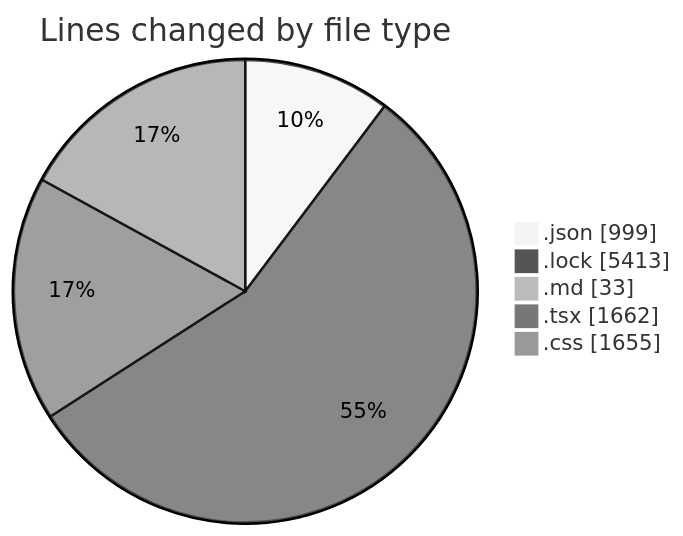
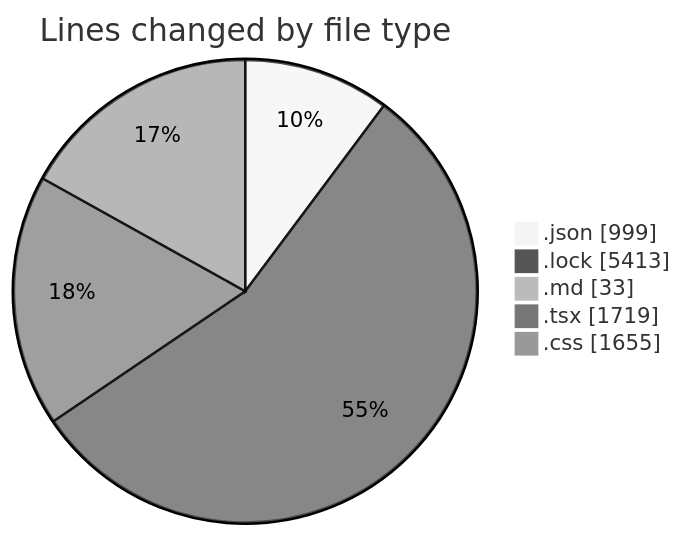
One commit to EIIisD/code-tracking changed the first of 2 diagrams in 2025-08-11/ribbon/README.md. Above: the diagram before and after it, drawn with Mermaid (neutral theme). The commit also changed other lines of this file and 1 other file, not shown here.

````diff
--- a/2025-08-11/ribbon/README.md
+++ b/2025-08-11/ribbon/README.md
@@ -40,9 +40,9 @@
 ```mermaid
 pie showData
 title Lines changed by file type
 ".json" : 999
 ".lock" : 5413
 ".md" : 33
-".tsx" : 1662
+".tsx" : 1719
 ".css" : 1655
 ```
````
